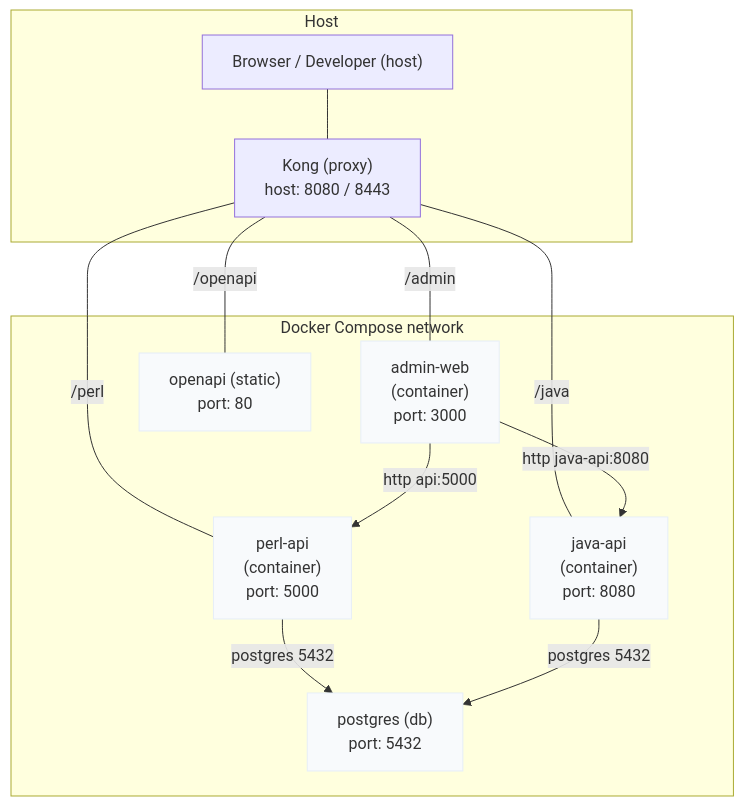
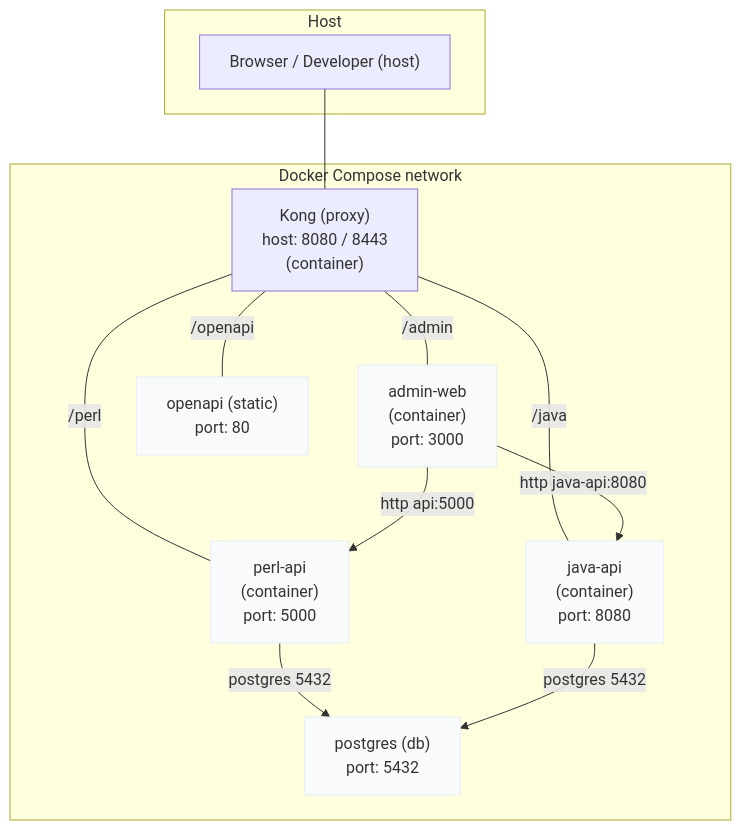
One commit to anders-malmros-inera/interop-infrastructure changed the diagram in diagram.mmd. Above: the diagram before and after it, drawn with Mermaid.

Commit message:
fix(diagram): clarify Kong deployment context in diagram

```diff
--- a/diagram.mmd
+++ b/diagram.mmd
@@ -1,29 +1,34 @@
 flowchart TD
   subgraph Host
     H_Admin["Browser / Developer (host)"]
-    KongGW["Kong (proxy)\nhost: 8080 / 8443"]
   end
 
+  %% Kong can be deployed either on the host (external) or as a container.
+  %% We model it here as part of the Compose network (a container) so it
+  %% clearly sits in front of the other service containers and is reachable
+  %% by the host on mapped ports.
+
   subgraph Compose_Network[Docker Compose network]
+    KongGW["Kong (proxy)\nhost: 8080 / 8443\n(container)"]
     Admin["admin-web\n(container)\nport: 3000"]
     Openapi["openapi (static)\nport: 80"]
     Perl["perl-api\n(container)\nport: 5000"]
     Java["java-api\n(container)\nport: 8080"]
     DB["postgres (db)\nport: 5432"]
   end
 
   %% Host -> Kong -> services (proxied)
   H_Admin --- KongGW
   KongGW ---|/admin| Admin
   KongGW ---|/openapi| Openapi
   KongGW ---|/java| Java
   KongGW ---|/perl| Perl
 
   %% Container internal communication (service name resolution)
   Admin -->|http api:5000| Perl
   Admin -->|http java-api:8080| Java
   Perl -->|postgres 5432| DB
   Java -->|postgres 5432| DB
 
   classDef svc fill:#f8fafc,stroke:#e6eef8
   class Admin,Openapi,Perl,Java,DB svc
```
